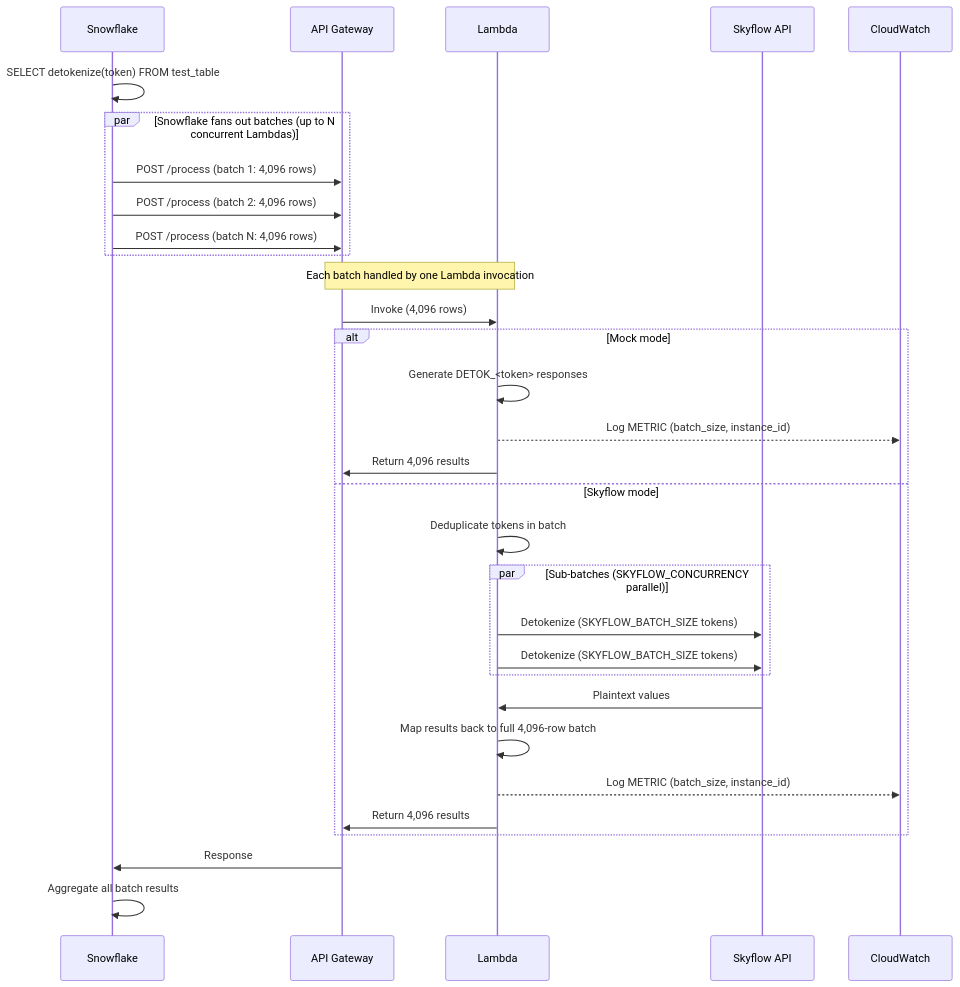
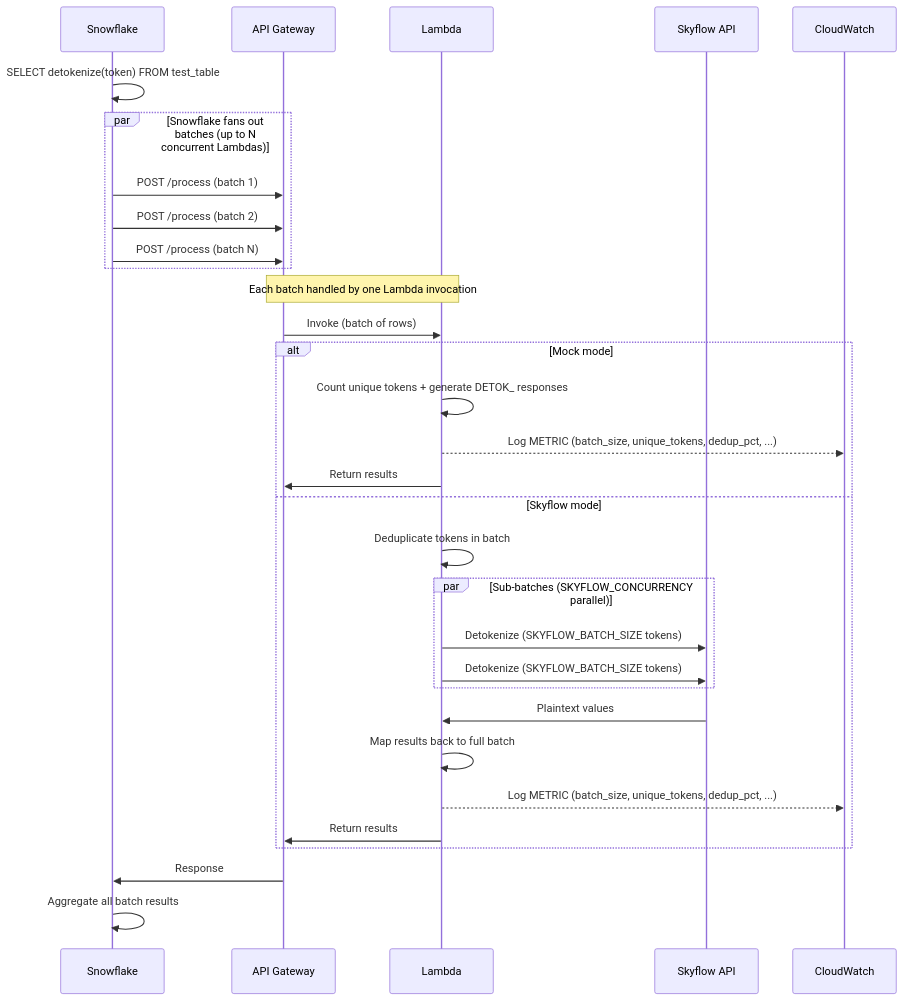
The third of 3 diagrams in README.md (SkyflowFoundry/SnowflakePerformance), drawn with Mermaid before and after one commit. The commit also changed other lines of this file, not shown here.

First line of the commit message:
Fix README conflicts: dynamic batch size, stale examples, overlapping sections

````diff
--- a/README.md
+++ b/README.md
@@ -116,39 +114,39 @@
 ```mermaid
 sequenceDiagram
     participant SF as Snowflake
     participant AG as API Gateway
     participant LM as Lambda
     participant SKY as Skyflow API
     participant CW as CloudWatch
 
     SF->>SF: SELECT detokenize(token) FROM test_table
 
     par Snowflake fans out batches (up to N concurrent Lambdas)
-        SF->>AG: POST /process (batch 1: 4,096 rows)
-        SF->>AG: POST /process (batch 2: 4,096 rows)
-        SF->>AG: POST /process (batch N: 4,096 rows)
+        SF->>AG: POST /process (batch 1)
+        SF->>AG: POST /process (batch 2)
+        SF->>AG: POST /process (batch N)
     end
 
     Note over AG,LM: Each batch handled by one Lambda invocation
 
-    AG->>LM: Invoke (4,096 rows)
+    AG->>LM: Invoke (batch of rows)
 
     alt Mock mode
-        LM->>LM: Generate DETOK_<token> responses
-        LM-->>CW: Log METRIC (batch_size, instance_id)
-        LM->>AG: Return 4,096 results
+        LM->>LM: Count unique tokens + generate DETOK_ responses
+        LM-->>CW: Log METRIC (batch_size, unique_tokens, dedup_pct, ...)
+        LM->>AG: Return results
     else Skyflow mode
         LM->>LM: Deduplicate tokens in batch
         par Sub-batches (SKYFLOW_CONCURRENCY parallel)
             LM->>SKY: Detokenize (SKYFLOW_BATCH_SIZE tokens)
             LM->>SKY: Detokenize (SKYFLOW_BATCH_SIZE tokens)
         end
         SKY->>LM: Plaintext values
-        LM->>LM: Map results back to full 4,096-row batch
-        LM-->>CW: Log METRIC (batch_size, instance_id)
-        LM->>AG: Return 4,096 results
+        LM->>LM: Map results back to full batch
+        LM-->>CW: Log METRIC (batch_size, unique_tokens, dedup_pct, ...)
+        LM->>AG: Return results
     end
 
     AG->>SF: Response
     SF->>SF: Aggregate all batch results
 ```
````
